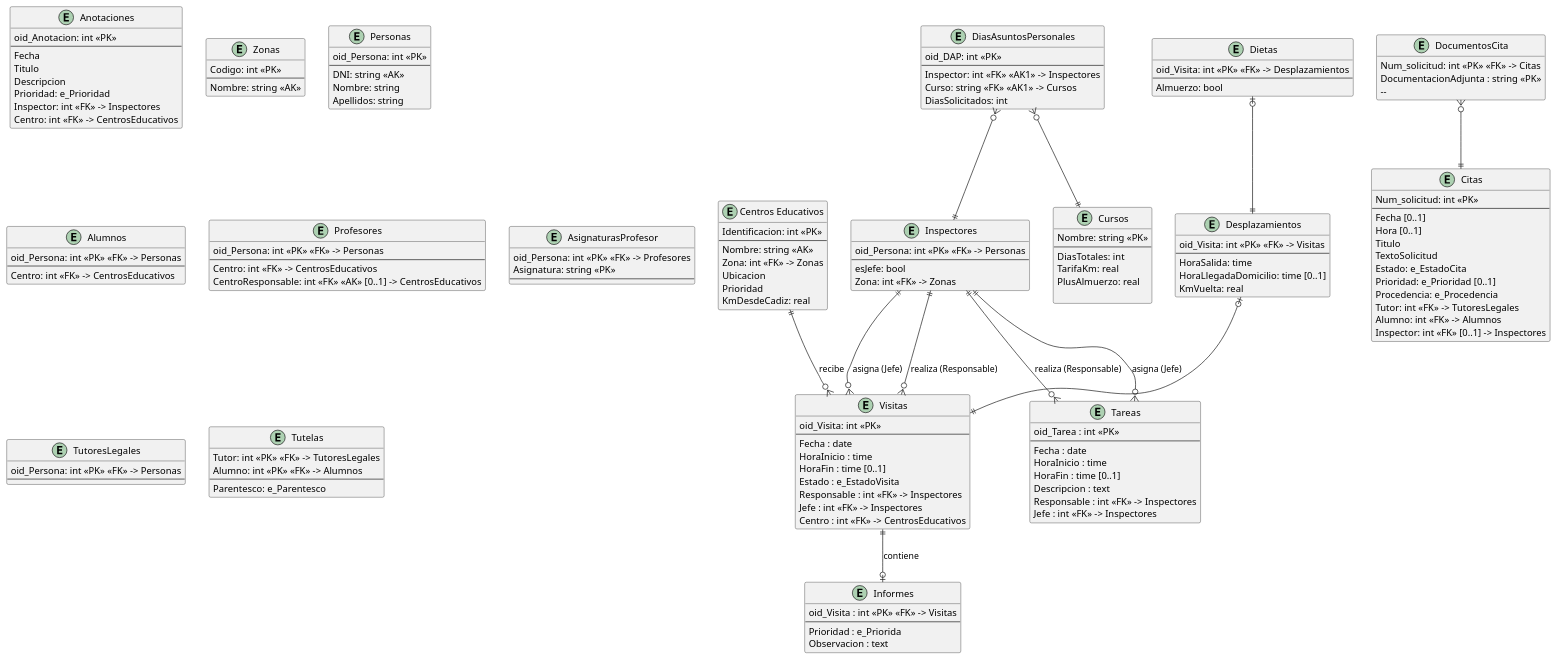
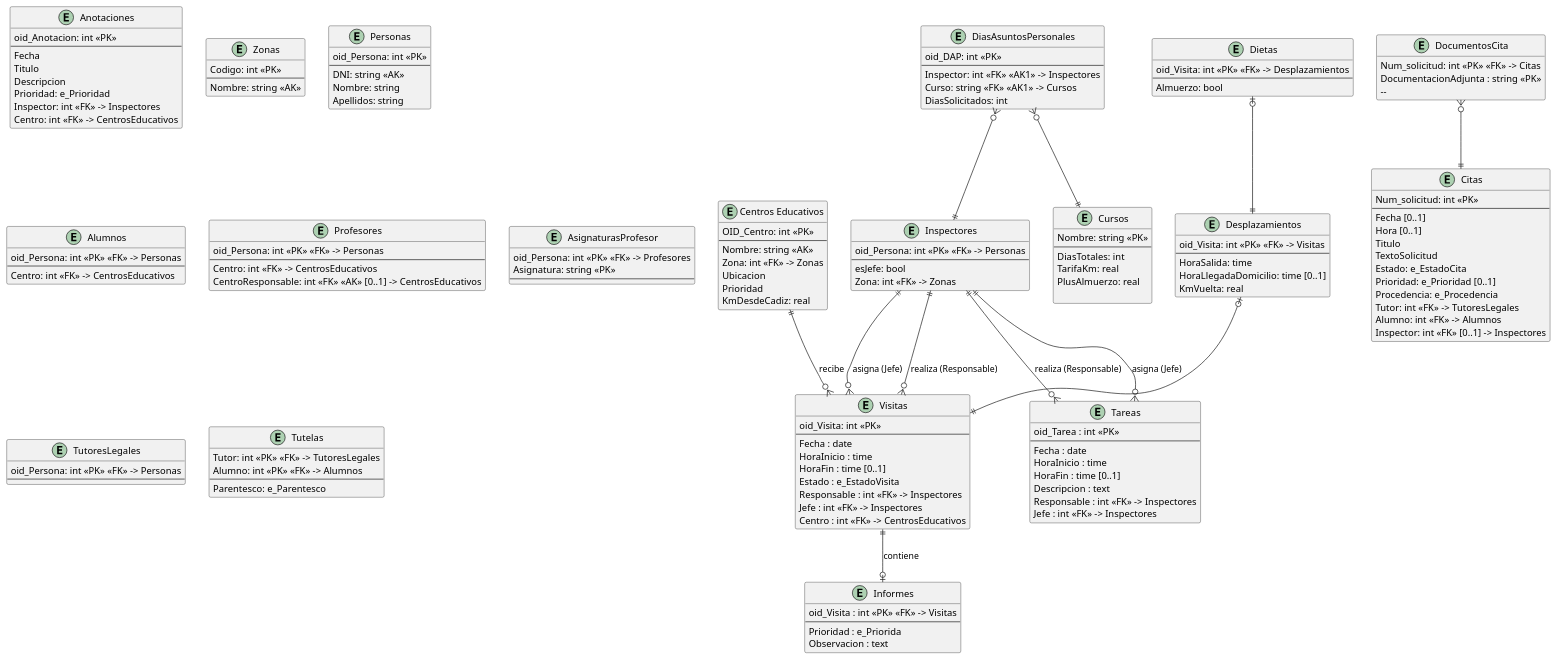
Before and after one commit to lorenzomaranon/ProyectoBD_Inspeccion_Educativa: the diagram in modelado/modelado_relacional.puml, drawn with PlantUML. The commit also changed 1 other file, not shown here.

Commit message:
Cambia Identificacion por OID_Centro

```diff
--- a/modelado/modelado_relacional.puml
+++ b/modelado/modelado_relacional.puml
@@ -1,177 +1,177 @@
 @startuml modelado_relacional
 hide methods
 skinparam ClassAttributeIconSize 0
 
 
 entity "Centros Educativos" as CentrosEducativos {
-    Identificacion: int <<PK>>
+    OID_Centro: int <<PK>>
     --
     Nombre: string <<AK>>
     Zona: int <<FK>> -> Zonas
     Ubicacion
     Prioridad
     KmDesdeCadiz: real
 }
 
 entity DocumentosCita {
     Num_solicitud: int <<PK>> <<FK>> -> Citas
     DocumentacionAdjunta : string <<PK>>
     --   
 }
 
 entity Citas {
     Num_solicitud: int <<PK>> 
     --
     Fecha [0..1]
     Hora [0..1]
     Titulo
     TextoSolicitud
     Estado: e_EstadoCita
     Prioridad: e_Prioridad [0..1]
     Procedencia: e_Procedencia
     Tutor: int <<FK>> -> TutoresLegales
     Alumno: int <<FK>> -> Alumnos
     Inspector: int <<FK>> [0..1] -> Inspectores
 }
 
 entity Anotaciones {
     oid_Anotacion: int <<PK>>
     --
     Fecha
     Titulo
     Descripcion
     Prioridad: e_Prioridad
     Inspector: int <<FK>> -> Inspectores
     Centro: int <<FK>> -> CentrosEducativos
 }
 
 entity Visitas {
     oid_Visita: int <<PK>>
     --
     Fecha : date
     HoraInicio : time
     HoraFin : time [0..1]
     Estado : e_EstadoVisita
     Responsable : int <<FK>> -> Inspectores
     Jefe : int <<FK>> -> Inspectores
     Centro : int <<FK>> -> CentrosEducativos
 }
 
 entity Informes {
     oid_Visita : int <<PK>> <<FK>> -> Visitas
     --
     Prioridad : e_Priorida
     Observacion : text
 }
 
 entity Tareas {
     oid_Tarea : int <<PK>>
     --
     Fecha : date
     HoraInicio : time
     HoraFin : time [0..1]
     Descripcion : text
     Responsable : int <<FK>> -> Inspectores
     Jefe : int <<FK>> -> Inspectores
 }
 
 entity Zonas {
     Codigo: int <<PK>>
     --
     Nombre: string <<AK>>
 }
 
 entity Personas {
     oid_Persona: int <<PK>>
     --
     DNI: string <<AK>>
     Nombre: string
     Apellidos: string
 }
 
 entity Inspectores {
     oid_Persona: int <<PK>> <<FK>> -> Personas
     --
     esJefe: bool
     Zona: int <<FK>> -> Zonas
 }
 
 entity Alumnos {
     oid_Persona: int <<PK>> <<FK>> -> Personas
     --
     Centro: int <<FK>> -> CentrosEducativos
 }
 
 entity Profesores {
     oid_Persona: int <<PK>> <<FK>> -> Personas
     --
     Centro: int <<FK>> -> CentrosEducativos
     CentroResponsable: int <<FK>> <<AK>> [0..1] -> CentrosEducativos
 }
 
 entity AsignaturasProfesor {
     oid_Persona: int <<PK>> <<FK>> -> Profesores
     Asignatura: string <<PK>>
     --
 }
 
 entity TutoresLegales {
     oid_Persona: int <<PK>> <<FK>> -> Personas
     --
 }
 
 entity Tutelas {
     Tutor: int <<PK>> <<FK>> -> TutoresLegales
     Alumno: int <<PK>> <<FK>> -> Alumnos
     --
     Parentesco: e_Parentesco
 }
 
 Inspectores ||--o{ Visitas : realiza (Responsable)
 Inspectores ||--o{ Visitas : asigna (Jefe)
 Inspectores ||--o{ Tareas : realiza (Responsable)
 Inspectores ||--o{ Tareas : asigna (Jefe)
 CentrosEducativos ||--o{ Visitas : recibe
 Visitas ||--o| Informes : contiene
 
 entity Desplazamientos {
     oid_Visita: int <<PK>> <<FK>> -> Visitas
     --
     HoraSalida: time
     HoraLlegadaDomicilio: time [0..1]
     KmVuelta: real
 }
 
 entity Dietas {
     oid_Visita: int <<PK>> <<FK>> -> Desplazamientos
     --
     Almuerzo: bool
 }
 
 Desplazamientos |o--||Visitas
 Dietas |o--||Desplazamientos
 
 entity DiasAsuntosPersonales {
     oid_DAP: int <<PK>>
     --
     Inspector: int <<FK>> <<AK1>> -> Inspectores
     Curso: string <<FK>> <<AK1>> -> Cursos
     DiasSolicitados: int
 }
 
 entity Cursos {
     Nombre: string <<PK>>
     --
     DiasTotales: int
     TarifaKm: real
     PlusAlmuerzo: real
 
 }
 
 DiasAsuntosPersonales }o--||Cursos
 DiasAsuntosPersonales }o--||Inspectores
 
 '------- ASOCIACIONES --------------------------------------
 DocumentosCita }o--|| Citas
 
 @enduml
```
